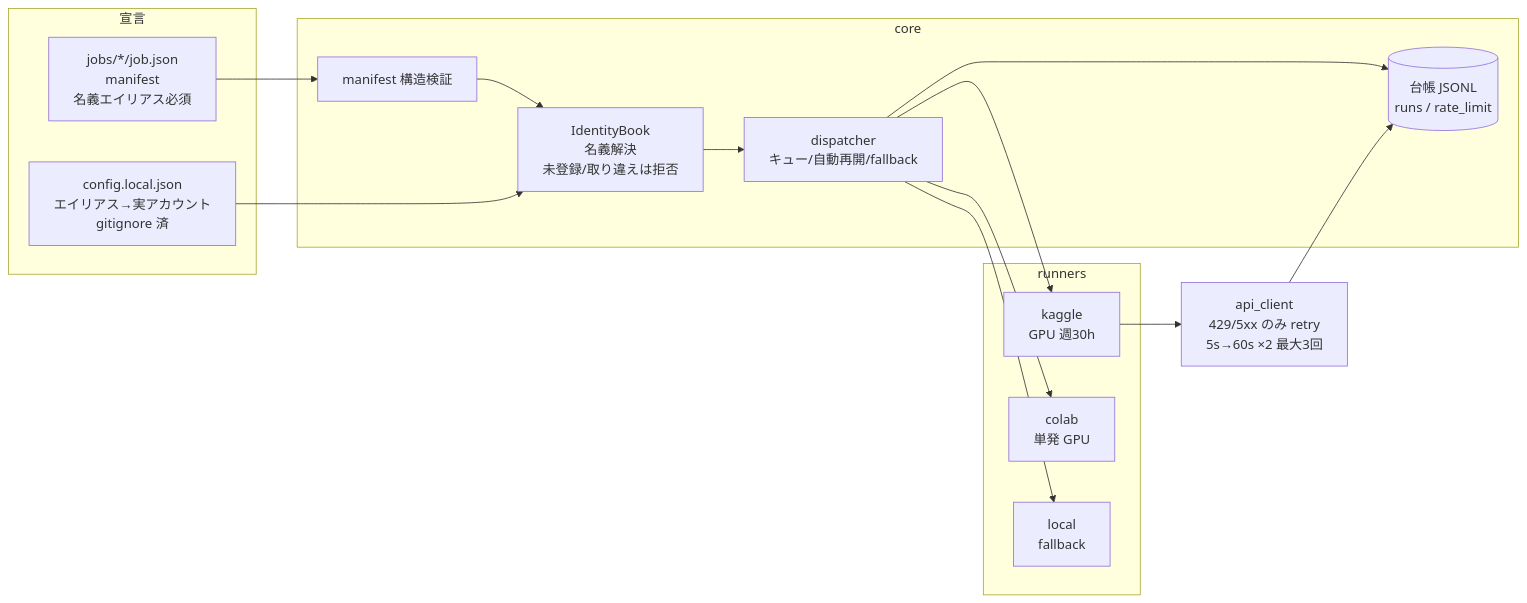
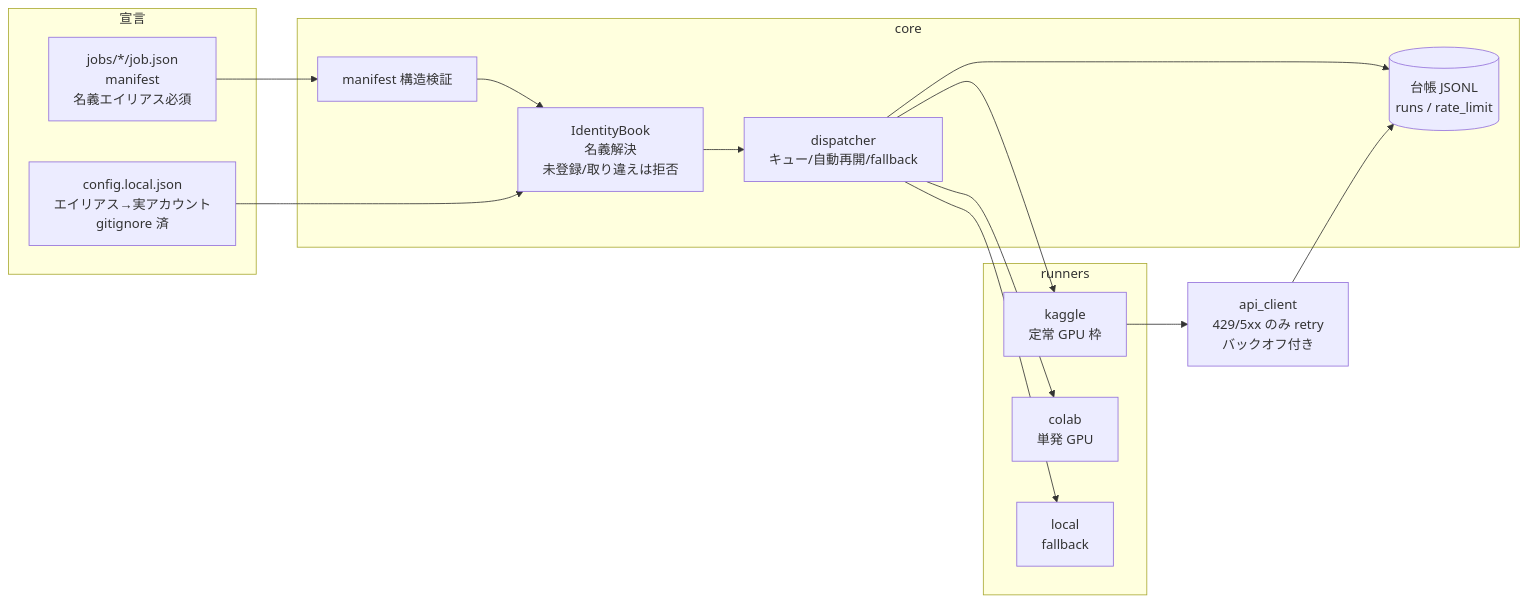
One commit to nexus-ai-2045/cloud-autopilot changed the diagram in README.md. Above: the diagram before and after it, drawn with Mermaid. The commit also changed other lines of this file and 14 other files, not shown here.

````diff
--- a/README.md
+++ b/README.md
@@ -60,22 +60,22 @@
 ```mermaid
 flowchart LR
     subgraph 宣言
         J[jobs/*/job.json<br/>manifest<br/>名義エイリアス必須]
         C1[config.local.json<br/>エイリアス→実アカウント<br/>gitignore 済]
     end
     subgraph core
         M[manifest 構造検証] --> R[IdentityBook<br/>名義解決<br/>未登録/取り違えは拒否]
         R --> D[dispatcher<br/>キュー/自動再開/fallback]
         D --> L[(台帳 JSONL<br/>runs / rate_limit)]
     end
     subgraph runners
-        K[kaggle<br/>GPU 週30h]
+        K[kaggle<br/>定常 GPU 枠]
         CO[colab<br/>単発 GPU]
         LO[local<br/>fallback]
     end
     J --> M
     C1 --> R
     D --> K & CO & LO
-    K --> A[api_client<br/>429/5xx のみ retry<br/>5s→60s ×2 最大3回]
+    K --> A[api_client<br/>429/5xx のみ retry<br/>バックオフ付き]
     A --> L
 ```
````
